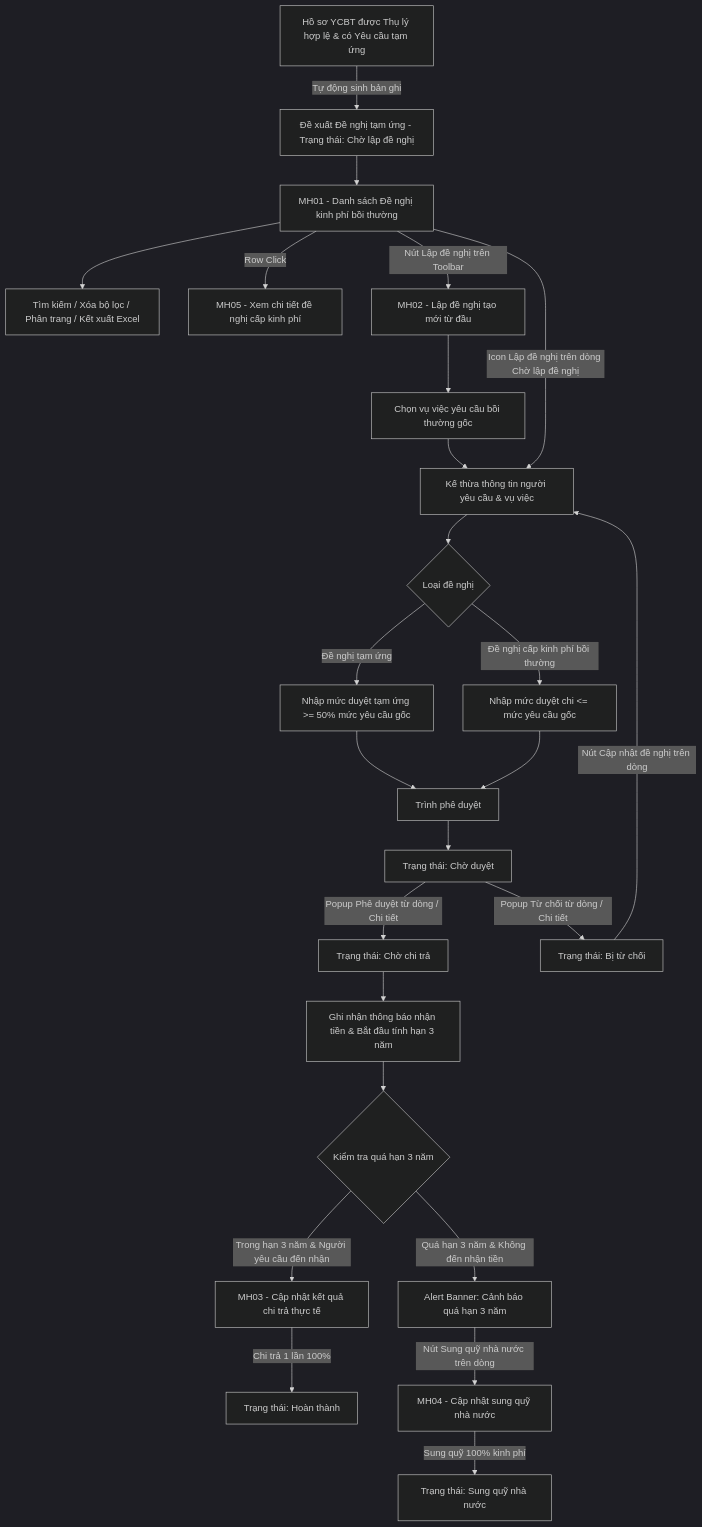
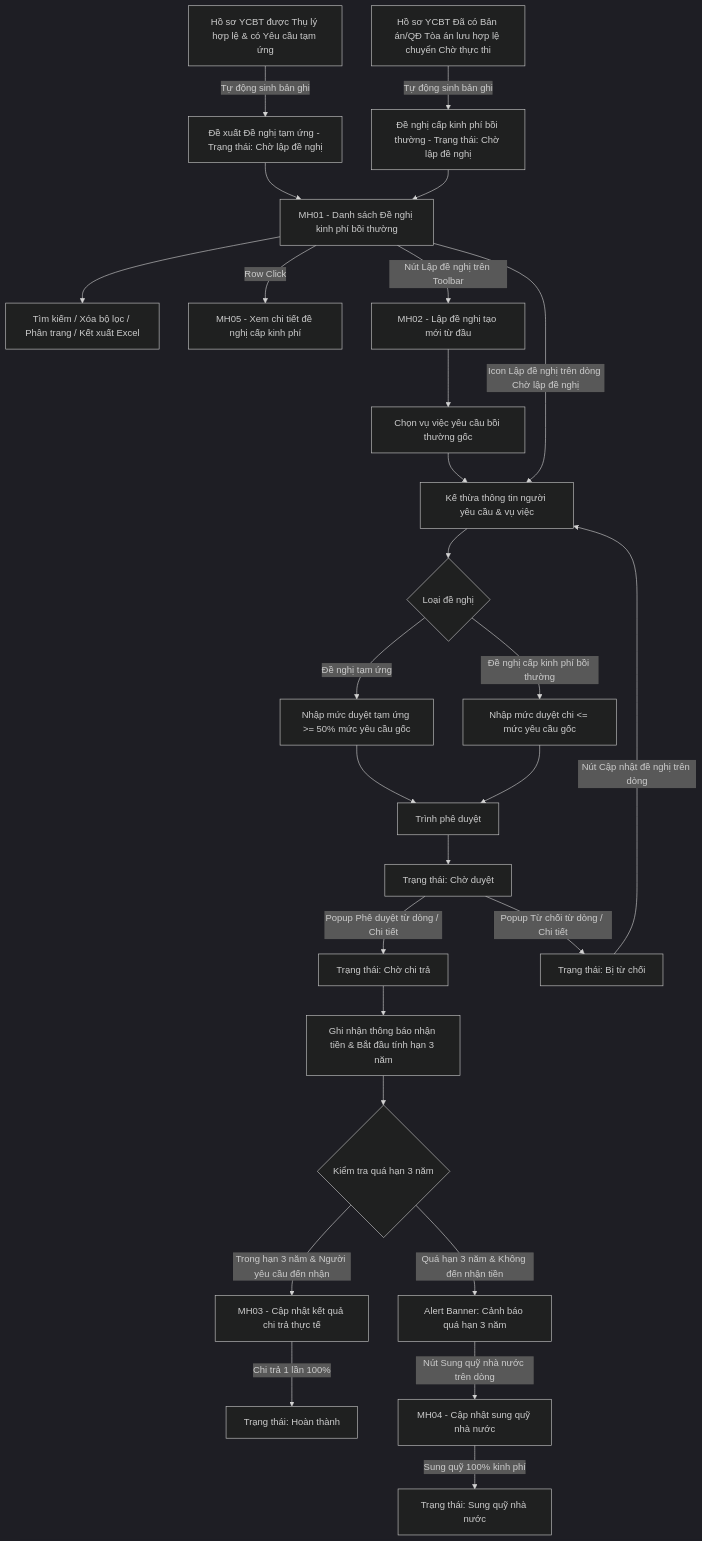
One commit to huyendt2007/BPBD_UI changed the diagram in Tai lieu phan tich/03_Website_Quan_tri/03_Cong_tac_boi_thuong/SRS_BTNN_GiaiQuyetBT_KinhPhi_BT.md. Above: the diagram before and after it, drawn with Mermaid (dark theme). The commit also changed other lines of this file and 6 other files, not shown here.

Commit message:
Cap nhat luong YCBT co ban an sang Cho thuc thi, dong bo module kinh phi va hoan thien bao cao TT08

````diff
--- a/Tai lieu phan tich/03_Website_Quan_tri/03_Cong_tac_boi_thuong/SRS_BTNN_GiaiQuyetBT_KinhPhi_BT.md
+++ b/Tai lieu phan tich/03_Website_Quan_tri/03_Cong_tac_boi_thuong/SRS_BTNN_GiaiQuyetBT_KinhPhi_BT.md
@@ -33,27 +33,29 @@
 ```mermaid
 flowchart TD
     A0[Hồ sơ YCBT được Thụ lý hợp lệ & có Yêu cầu tạm ứng] -->|Tự động sinh bản ghi| A1[Đề xuất Đề nghị tạm ứng - Trạng thái: Chờ lập đề nghị]
+    A02[Hồ sơ YCBT Đã có Bản án/QĐ Tòa án lưu hợp lệ chuyển Chờ thực thi] -->|Tự động sinh bản ghi| A2[Đề nghị cấp kinh phí bồi thường - Trạng thái: Chờ lập đề nghị]
     A1 --> A[MH01 - Danh sách Đề nghị kinh phí bồi thường]
+    A2 --> A
     A --> B[Tìm kiếm / Xóa bộ lọc / Phân trang / Kết xuất Excel]
     A -->|Row Click| V[MH05 - Xem chi tiết đề nghị cấp kinh phí]
     A -->|Nút Lập đề nghị trên Toolbar| C[MH02 - Lập đề nghị tạo mới từ đầu]
     C --> D[Chọn vụ việc yêu cầu bồi thường gốc]
     D --> E[Kế thừa thông tin người yêu cầu & vụ việc]
     A -->|Icon Lập đề nghị trên dòng Chờ lập đề nghị| E
     E --> F{Loại đề nghị}
     F -->|Đề nghị tạm ứng| F1[Nhập mức duyệt tạm ứng >= 50% mức yêu cầu gốc]
     F -->|Đề nghị cấp kinh phí bồi thường| F2[Nhập mức duyệt chi <= mức yêu cầu gốc]
     F1 --> G[Trình phê duyệt]
     F2 --> G
     G --> H[Trạng thái: Chờ duyệt]
     H -->|Popup Phê duyệt từ dòng / Chi tiết| J[Trạng thái: Chờ chi trả]
     H -->|Popup Từ chối từ dòng / Chi tiết| K[Trạng thái: Bị từ chối]
     K -->|Nút Cập nhật đề nghị trên dòng| E
     J --> P[Ghi nhận thông báo nhận tiền & Bắt đầu tính hạn 3 năm]
     P --> Q{Kiểm tra quá hạn 3 năm}
     Q -->|Trong hạn 3 năm & Người yêu cầu đến nhận| L[MH03 - Cập nhật kết quả chi trả thực tế]
     L -->|Chi trả 1 lần 100%| N[Trạng thái: Hoàn thành]
     Q -->|Quá hạn 3 năm & Không đến nhận tiền| R[Alert Banner: Cảnh báo quá hạn 3 năm]
     R -->|Nút Sung quỹ nhà nước trên dòng| S[MH04 - Cập nhật sung quỹ nhà nước]
     S -->|Sung quỹ 100% kinh phí| U[Trạng thái: Sung quỹ nhà nước]
 ```
````
